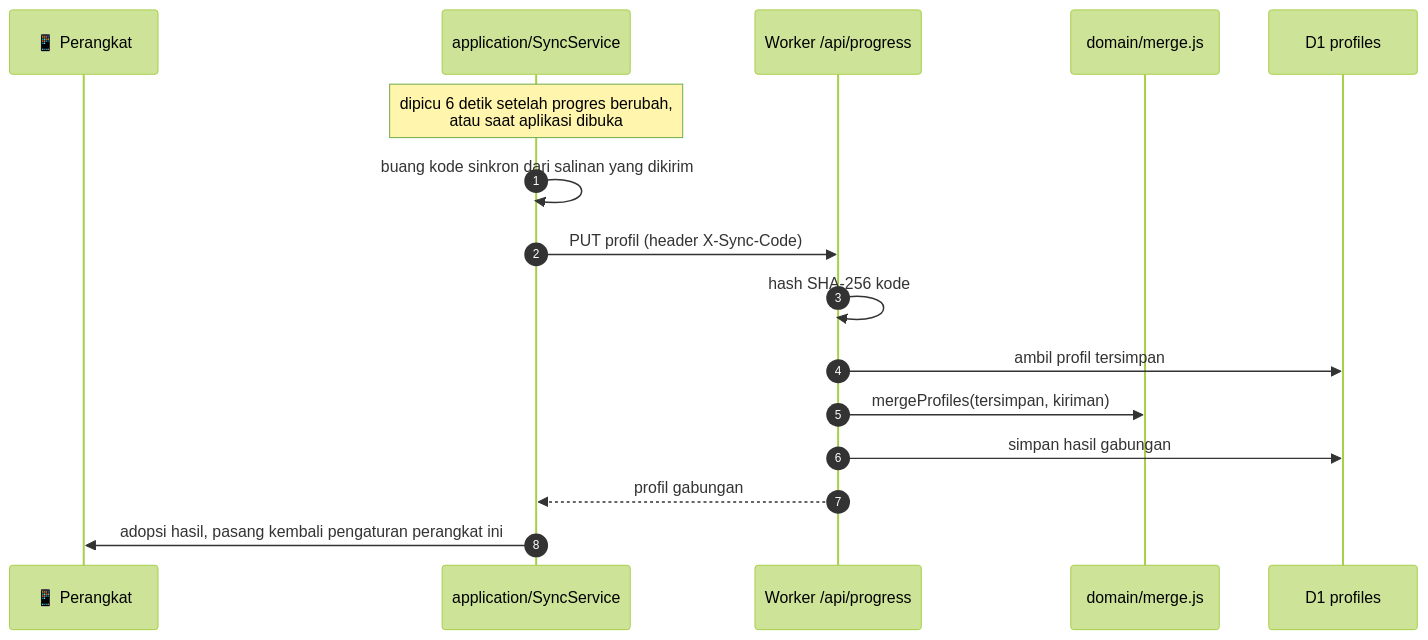
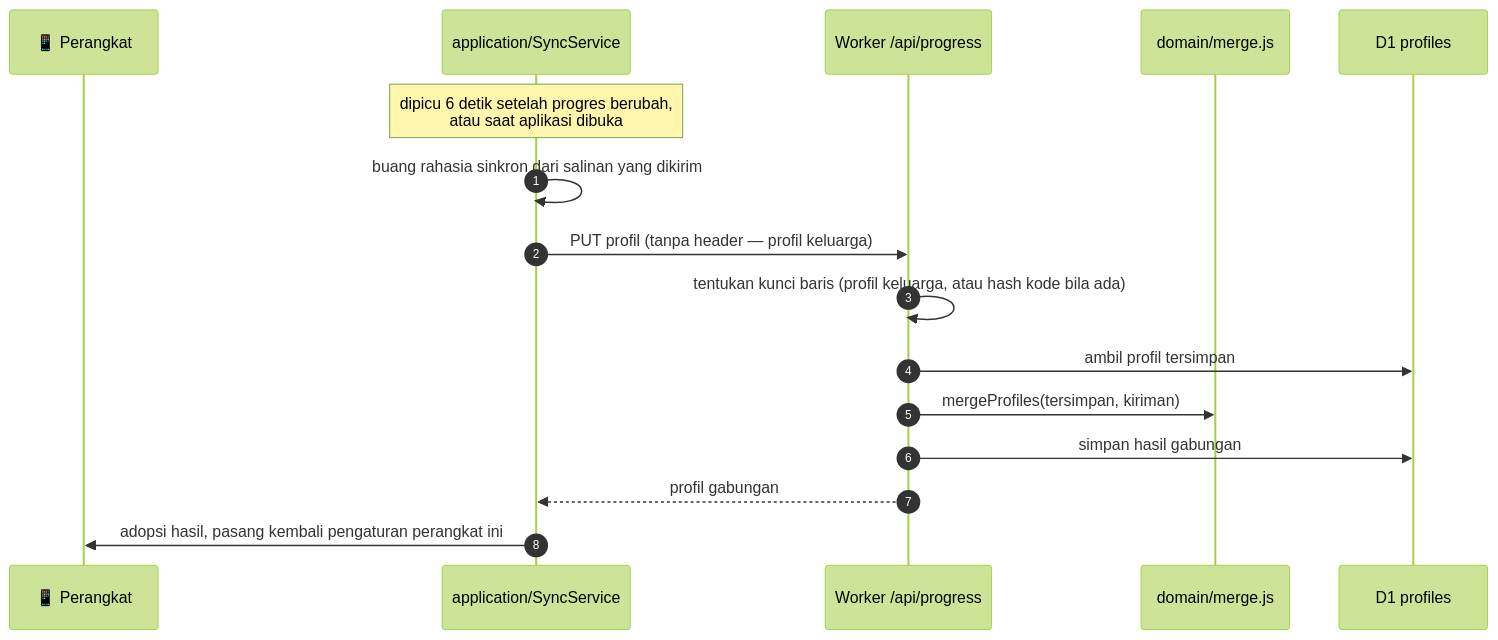
Before and after one commit to andwowor/Latihan-Membaca-Darlene: the fifth of 5 diagrams in docs/architecture/02-views/process.md, drawn with Mermaid (forest theme). The commit also changed other lines of this file and 16 other files, not shown here.

````diff
--- a/docs/architecture/02-views/process.md
+++ b/docs/architecture/02-views/process.md
@@ -103,19 +103,19 @@
 ```mermaid
 sequenceDiagram
   autonumber
   participant HP as 📱 Perangkat
   participant Sync as application/SyncService
   participant API as Worker /api/progress
   participant Dom as domain/merge.js
   participant D1 as D1 profiles
 
   Note over Sync: dipicu 6 detik setelah progres berubah,<br/>atau saat aplikasi dibuka
-  Sync->>Sync: buang kode sinkron dari salinan yang dikirim
-  Sync->>API: PUT profil (header X-Sync-Code)
-  API->>API: hash SHA-256 kode
+  Sync->>Sync: buang rahasia sinkron dari salinan yang dikirim
+  Sync->>API: PUT profil (tanpa header — profil keluarga)
+  API->>API: tentukan kunci baris (profil keluarga, atau hash kode bila ada)
   API->>D1: ambil profil tersimpan
   API->>Dom: mergeProfiles(tersimpan, kiriman)
   API->>D1: simpan hasil gabungan
   API-->>Sync: profil gabungan
   Sync->>HP: adopsi hasil, pasang kembali pengaturan perangkat ini
 ```
````
